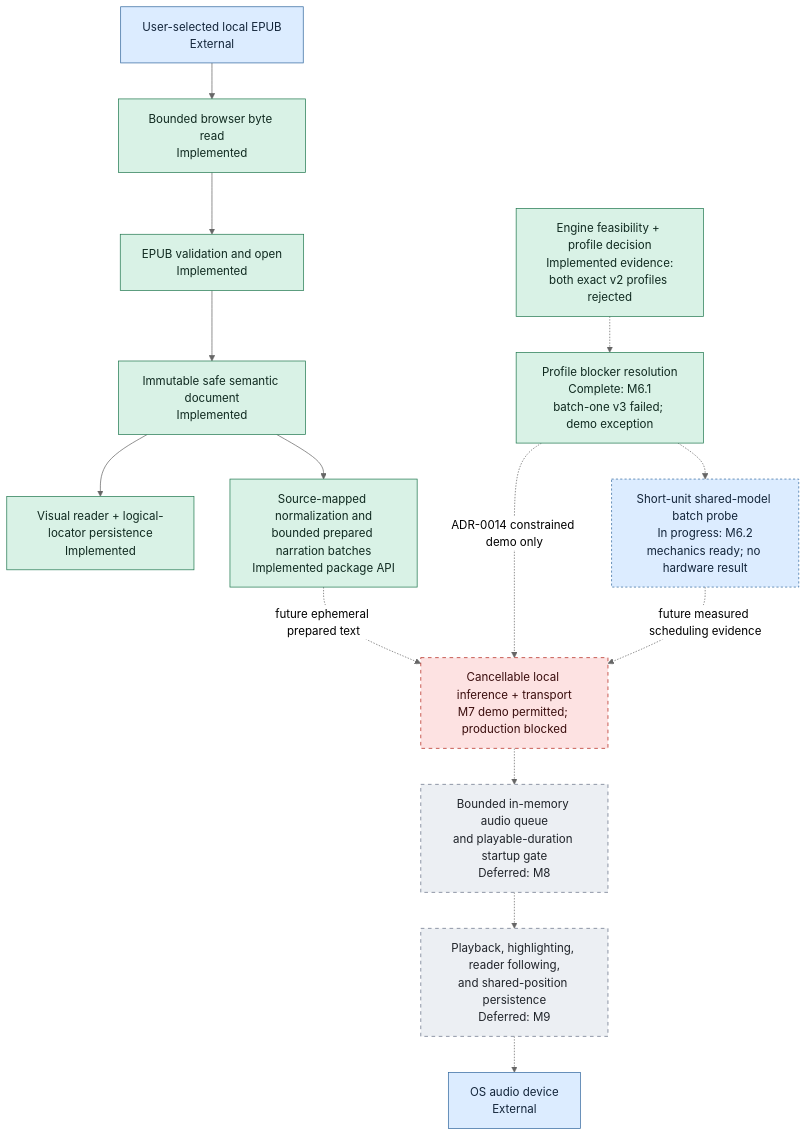
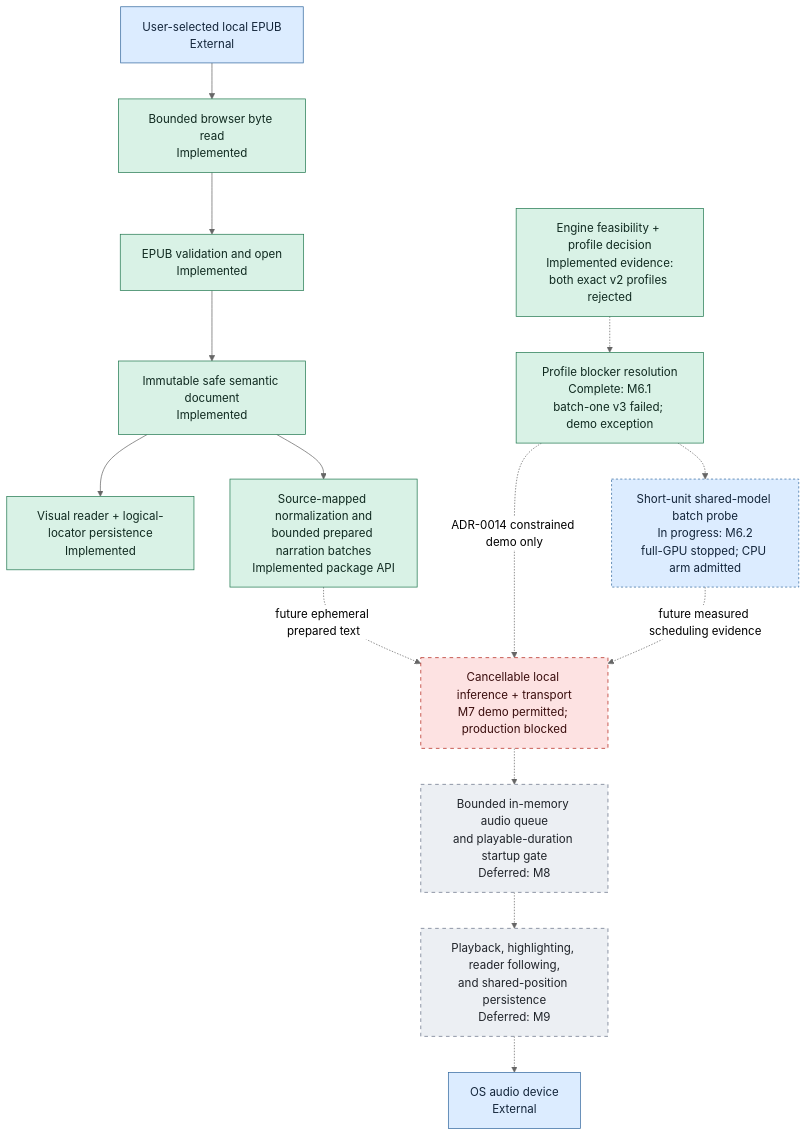
Before and after one commit to mmjosedaniel/voxleaf: the second of 2 diagrams in docs/architecture/system-diagram.md, drawn with Mermaid (neutral theme). The commit also changed other lines of this file and 19 other files, not shown here.

First line of the commit message:
test(tts): run full-GPU v4 short-unit batch matrix (#107)

````diff
--- a/docs/architecture/system-diagram.md
+++ b/docs/architecture/system-diagram.md
@@ -107,34 +107,34 @@
 ```mermaid
 flowchart TD
     classDef implemented fill:#d9f2e6,stroke:#247a52,color:#102a20
     classDef progress fill:#dcecff,stroke:#356aa0,color:#13253a,stroke-dasharray: 3 3
     classDef planned fill:#fff0c7,stroke:#9a6b00,color:#332400,stroke-dasharray: 5 5
     classDef blocked fill:#fde2e2,stroke:#b42318,color:#3a0d0d,stroke-dasharray: 5 5
     classDef deferred fill:#eceff3,stroke:#667085,color:#20242a,stroke-dasharray: 5 5
     classDef external fill:#dcecff,stroke:#356aa0,color:#13253a
 
     FILE["User-selected local EPUB<br/>External"]:::external
     READ["Bounded browser byte read<br/>Implemented"]:::implemented
     OPEN["EPUB validation and open<br/>Implemented"]:::implemented
     SAFE["Immutable safe semantic document<br/>Implemented"]:::implemented
     VISUAL["Visual reader + logical-locator persistence<br/>Implemented"]:::implemented
     PREP["Source-mapped normalization and<br/>bounded prepared narration batches<br/>Implemented package API"]:::implemented
     PROFILE["Engine feasibility + profile decision<br/>Implemented evidence:<br/>both exact v2 profiles rejected"]:::implemented
     NEXT_PROFILE["Profile blocker resolution<br/>Complete: M6.1<br/>batch-one v3 failed; demo exception"]:::implemented
-    BATCH_PROBE["Short-unit shared-model batch probe<br/>In progress: M6.2<br/>mechanics ready; no hardware result"]:::progress
+    BATCH_PROBE["Short-unit shared-model batch probe<br/>In progress: M6.2<br/>full-GPU stopped; CPU arm admitted"]:::progress
     INFER["Cancellable local inference + transport<br/>M7 demo permitted; production blocked"]:::blocked
     BUFFER["Bounded in-memory audio queue<br/>and playable-duration startup gate<br/>Deferred: M8"]:::deferred
     FOLLOW["Playback, highlighting, reader following,<br/>and shared-position persistence<br/>Deferred: M9"]:::deferred
     DEVICE["OS audio device<br/>External"]:::external
 
     FILE --> READ --> OPEN --> SAFE --> VISUAL
     SAFE --> PREP
     PREP -.->|"future ephemeral prepared text"| INFER
     PROFILE -.-> NEXT_PROFILE
     NEXT_PROFILE -.-> BATCH_PROBE
     NEXT_PROFILE -.->|"ADR-0014 constrained demo only"| INFER
     BATCH_PROBE -.->|"future measured scheduling evidence"| INFER
     INFER -.-> BUFFER
     BUFFER -.-> FOLLOW
     FOLLOW -.-> DEVICE
 ```
````
